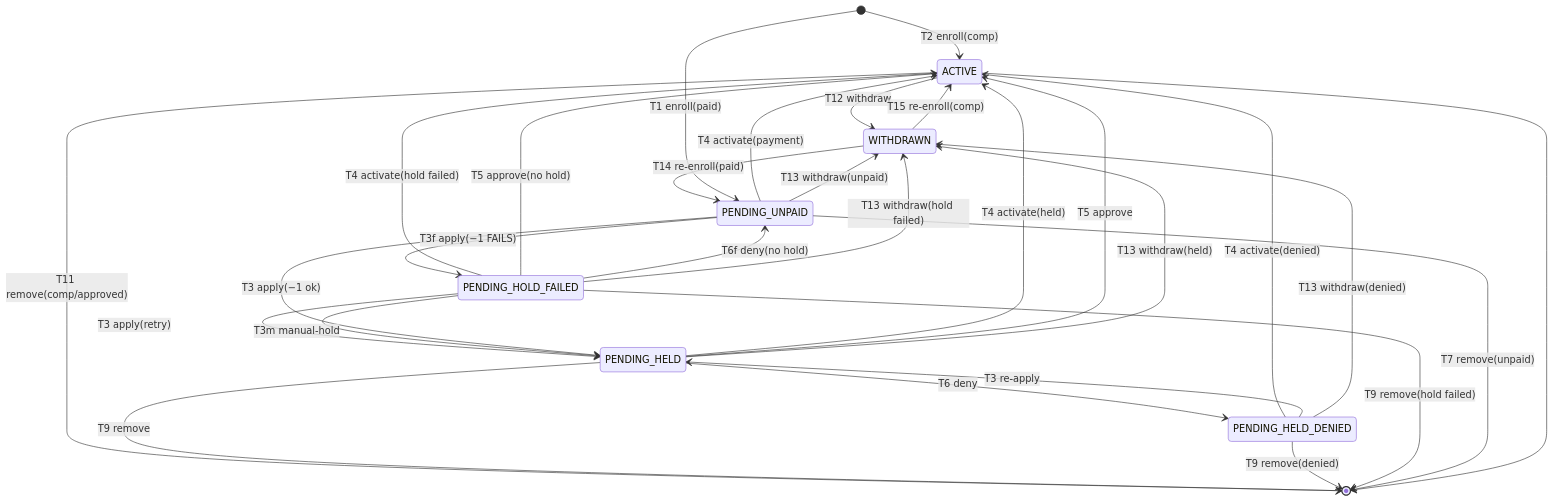
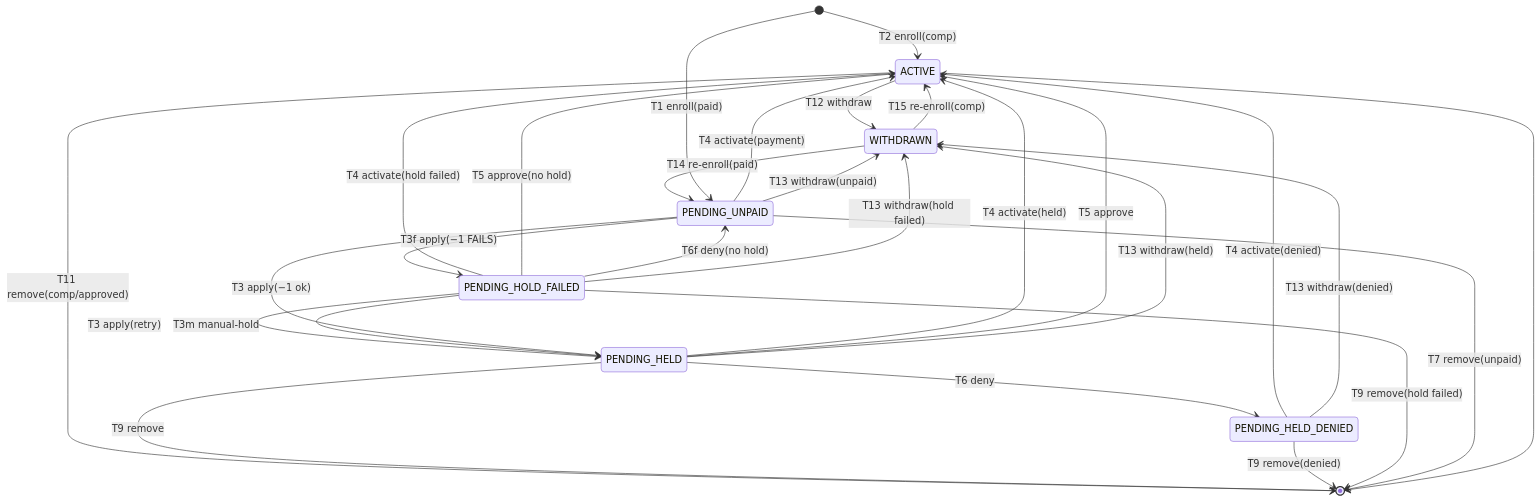
Before and after one commit to innovationtreehouse/apps.checkin: the diagram in docs/generated/lifecycle/enrollment.md, drawn with Mermaid. The commit also changed other lines of this file and 10 other files, not shown here.

````diff
--- a/docs/generated/lifecycle/enrollment.md
+++ b/docs/generated/lifecycle/enrollment.md
@@ -12,31 +12,30 @@
 ```mermaid
 stateDiagram-v2
     ACTIVE --> WITHDRAWN: T12 withdraw
     ACTIVE --> [*]: T11 remove(comp/approved)
     PENDING_HELD --> ACTIVE: T4 activate(held)
     PENDING_HELD --> ACTIVE: T5 approve
     PENDING_HELD --> PENDING_HELD_DENIED: T6 deny
     PENDING_HELD --> WITHDRAWN: T13 withdraw(held)
     PENDING_HELD --> [*]: T9 remove
     PENDING_HELD_DENIED --> ACTIVE: T4 activate(denied)
-    PENDING_HELD_DENIED --> PENDING_HELD: T3 re-apply
     PENDING_HELD_DENIED --> WITHDRAWN: T13 withdraw(denied)
     PENDING_HELD_DENIED --> [*]: T9 remove(denied)
     PENDING_HOLD_FAILED --> ACTIVE: T4 activate(hold failed)
     PENDING_HOLD_FAILED --> ACTIVE: T5 approve(no hold)
     PENDING_HOLD_FAILED --> PENDING_HELD: T3 apply(retry)
     PENDING_HOLD_FAILED --> PENDING_HELD: T3m manual-hold
     PENDING_HOLD_FAILED --> PENDING_UNPAID: T6f deny(no hold)
     PENDING_HOLD_FAILED --> WITHDRAWN: T13 withdraw(hold failed)
     PENDING_HOLD_FAILED --> [*]: T9 remove(hold failed)
     PENDING_UNPAID --> ACTIVE: T4 activate(payment)
     PENDING_UNPAID --> PENDING_HELD: T3 apply(−1 ok)
     PENDING_UNPAID --> PENDING_HOLD_FAILED: T3f apply(−1 FAILS)
     PENDING_UNPAID --> WITHDRAWN: T13 withdraw(unpaid)
     PENDING_UNPAID --> [*]: T7 remove(unpaid)
     WITHDRAWN --> ACTIVE: T15 re-enroll(comp)
     WITHDRAWN --> PENDING_UNPAID: T14 re-enroll(paid)
     [*] --> ACTIVE: T2 enroll(comp)
     [*] --> PENDING_UNPAID: T1 enroll(paid)
     ACTIVE --> [*]
 ```
````
